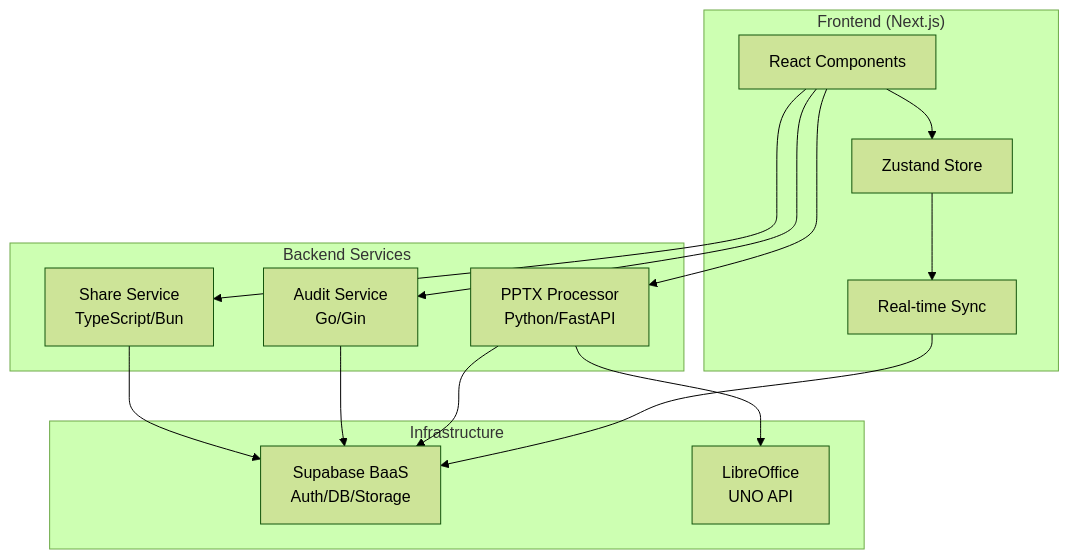
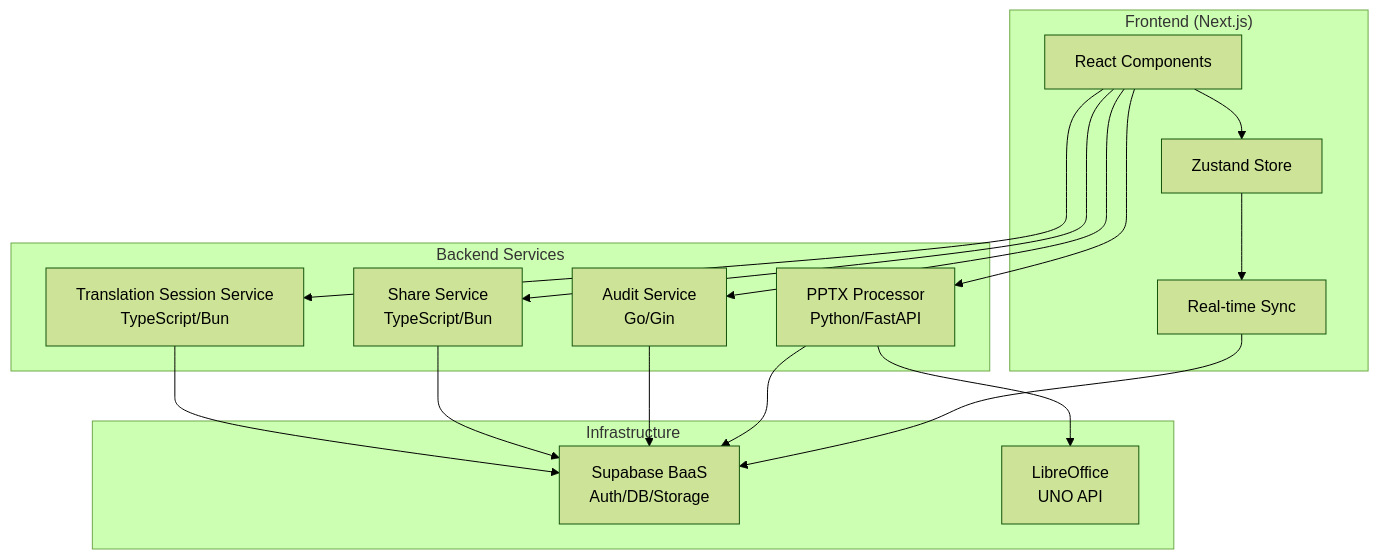
The diagram in README.md (OmkarKirpan/pptxTrans), drawn with Mermaid (forest theme) before and after one commit. The commit also changed other lines of this file and 4 other files, not shown here.

````diff
--- a/README.md
+++ b/README.md
@@ -86,30 +87,33 @@
 ```mermaid
 graph TD
     subgraph "Frontend (Next.js)"
         UI[React Components]
         Store[Zustand Store]
         RealTime[Real-time Sync]
     end
     
     subgraph "Backend Services"
         PPTX[PPTX Processor<br/>Python/FastAPI]
         Audit[Audit Service<br/>Go/Gin]
         Share[Share Service<br/>TypeScript/Bun]
+        Session[Translation Session Service<br/>TypeScript/Bun]
     end
     
     subgraph "Infrastructure"
         Supabase[Supabase BaaS<br/>Auth/DB/Storage]
         LibreOffice[LibreOffice<br/>UNO API]
     end
     
     UI --> Store
     Store --> RealTime
     RealTime --> Supabase
     UI --> PPTX
     UI --> Audit
     UI --> Share
+    UI --> Session
     PPTX --> LibreOffice
     PPTX --> Supabase
     Audit --> Supabase
     Share --> Supabase
+    Session --> Supabase
 ```
````
